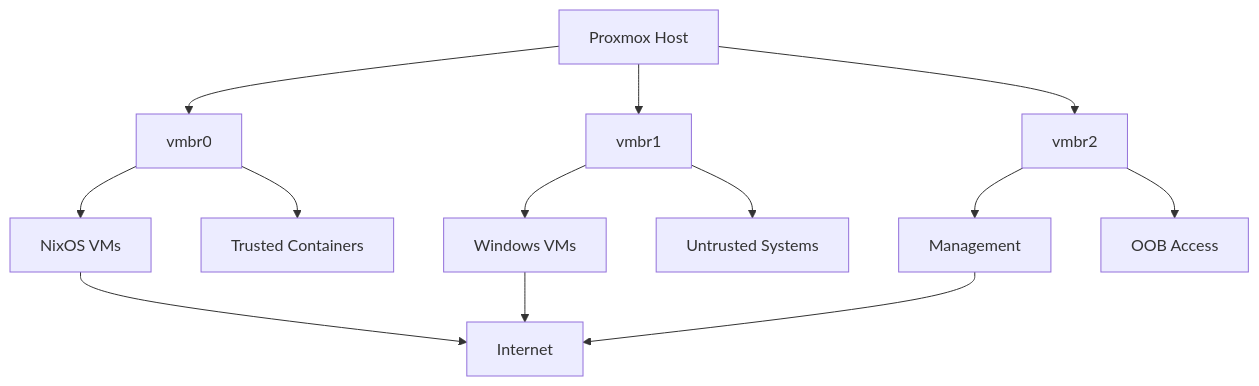
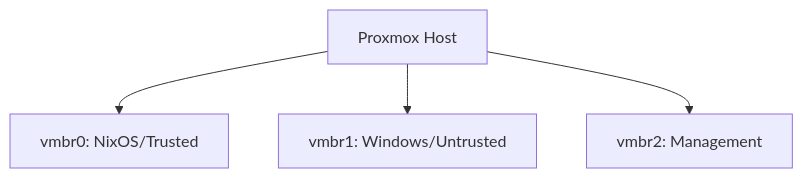
The first of 6 diagrams in docs/guides/advanced-configuration.md (Hydepwns/nix-mox), drawn with Mermaid before and after one commit. The commit also changed other lines of this file and 145 other files, not shown here.

````diff
--- a/docs/guides/advanced-configuration.md
+++ b/docs/guides/advanced-configuration.md
@@ -7,19 +5,6 @@
 ```mermaid
 graph TD
-    A[Proxmox Host] --> B[vmbr0]
-    A --> C[vmbr1]
-    A --> D[vmbr2]
-    
-    B --> B1[NixOS VMs]
-    B --> B2[Trusted Containers]
-    
-    C --> C1[Windows VMs]
-    C --> C2[Untrusted Systems]
-    
-    D --> D1[Management]
-    D --> D2[OOB Access]
-    
-    B1 --> E[Internet]
-    C1 --> E
-    D1 --> E
+    A[Proxmox Host] --> B[vmbr0: NixOS/Trusted]
+    A --> C[vmbr1: Windows/Untrusted]
+    A --> D[vmbr2: Management]
 ```
````
